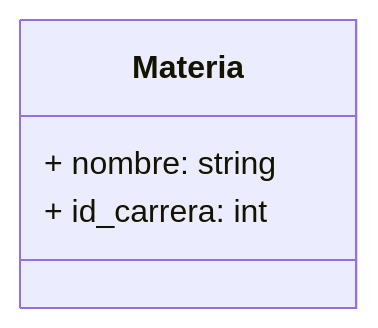
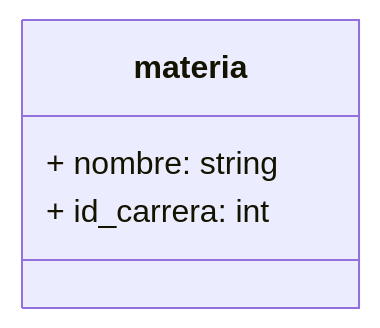
Before and after one commit to pablo-origlia/estrategias-persistencia: the first of 6 diagrams in README.md, drawn with Mermaid. The commit also changed other lines of this file and 16 other files, not shown here.

````diff
--- a/README.md
+++ b/README.md
@@ -9,8 +9,8 @@
 ```mermaid
 classDiagram
 
-class Materia {
+class materia {
   + nombre: string
   + id_carrera: int
 }
 ```
````
